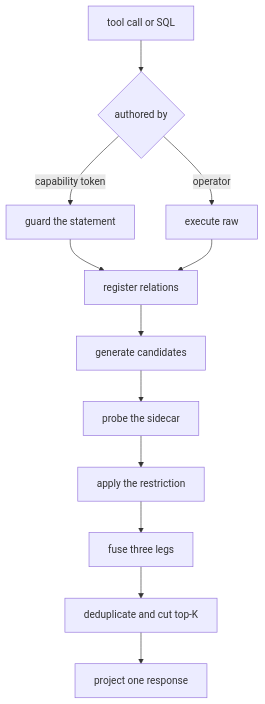
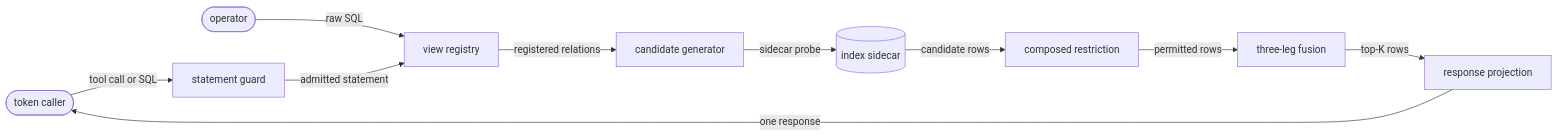
The fifth of 5 diagrams in spec/20-read.md (fractalboxdev/contextful), drawn with Mermaid before and after one commit. The commit also changed other lines of this file and 31 other files, not shown here.

First line of the commit message:
spec: every diagram draws things as nodes and what flows as labelled edges

````diff
--- a/spec/20-read.md
+++ b/spec/20-read.md
@@ -379,14 +368,12 @@
 ```mermaid
-flowchart TD
-  A["tool call or SQL"] --> B{"authored by"}
-  B -- "capability token" --> C["guard the statement"]
-  B -- "operator" --> D["execute raw"]
-  C --> F["register relations"]
-  D --> F
-  F --> G["generate candidates"]
-  G --> H["probe the sidecar"]
-  H --> I["apply the restriction"]
-  I --> J["fuse three legs"]
-  J --> K["deduplicate and cut top-K"]
-  K --> L["project one response"]
+flowchart LR
+  CALLER(["token caller"]) -->|"tool call or SQL"| GRD["statement guard"]
+  OPR(["operator"]) -->|"raw SQL"| REG["view registry"]
+  GRD -->|"admitted statement"| REG
+  REG -->|"registered relations"| GEN["candidate generator"]
+  GEN -->|"sidecar probe"| SIDE[("index sidecar")]
+  SIDE -->|"candidate rows"| RESTR["composed restriction"]
+  RESTR -->|"permitted rows"| FUSE["three-leg fusion"]
+  FUSE -->|"top-K rows"| PROJ["response projection"]
+  PROJ -->|"one response"| CALLER
 ```
````
